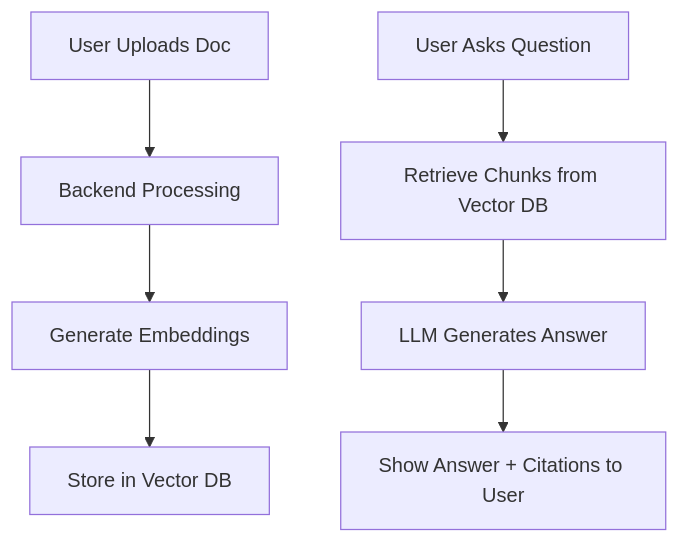
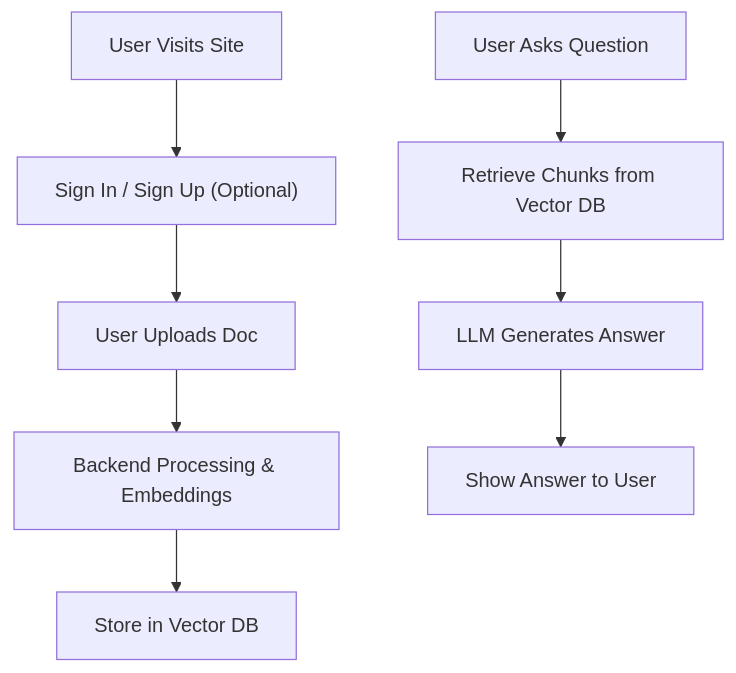
The diagram in .trae/documents/prd.md (harshcoder-harsh/IntelliRAG), drawn with Mermaid before and after one commit. The commit also changed other lines of this file and 6 other files, not shown here.

````diff
--- a/.trae/documents/prd.md
+++ b/.trae/documents/prd.md
@@ -26,9 +30,10 @@
 ```mermaid
 graph TD
-    A["User Uploads Doc"] --> B["Backend Processing"]
-    B --> C["Generate Embeddings"]
-    C --> D["Store in Vector DB"]
-    E["User Asks Question"] --> F["Retrieve Chunks from Vector DB"]
-    F --> G["LLM Generates Answer"]
-    G --> H["Show Answer + Citations to User"]
+    A["User Visits Site"] --> B["Sign In / Sign Up (Optional)"]
+    B --> C["User Uploads Doc"]
+    C --> D["Backend Processing & Embeddings"]
+    D --> E["Store in Vector DB"]
+    F["User Asks Question"] --> G["Retrieve Chunks from Vector DB"]
+    G --> H["LLM Generates Answer"]
+    H --> I["Show Answer to User"]
 ```
````
